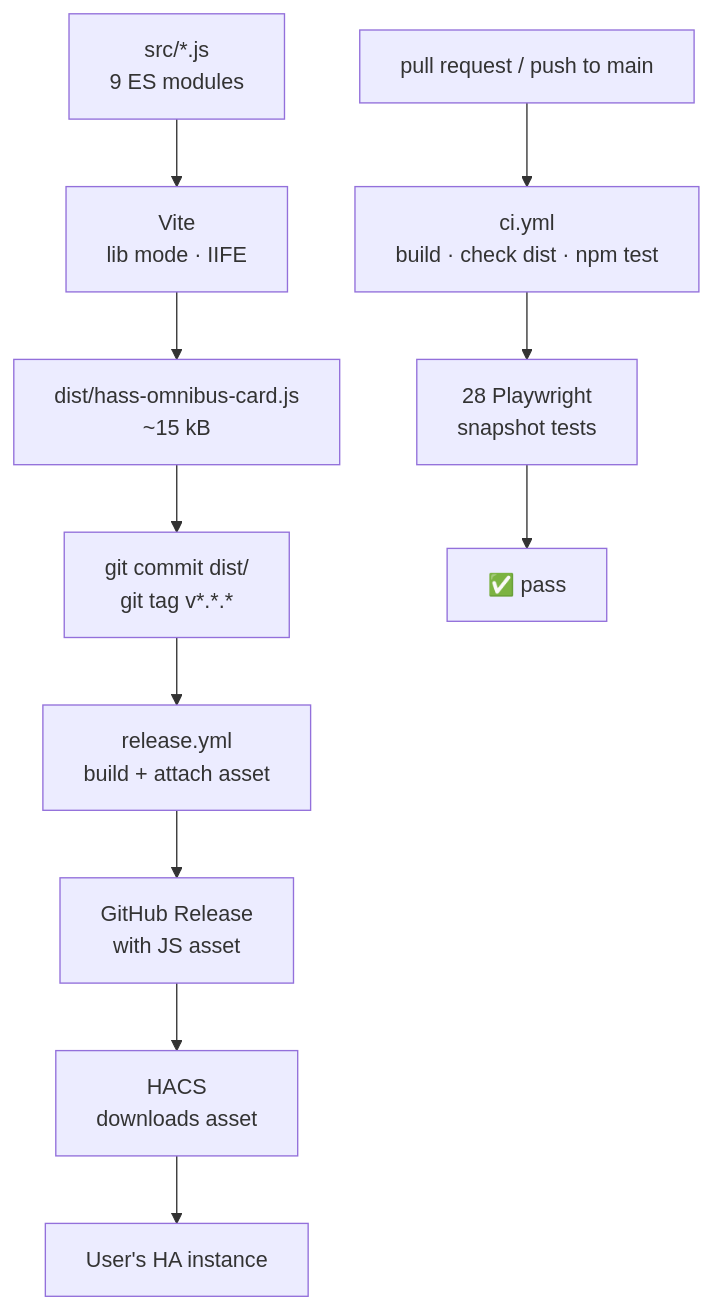
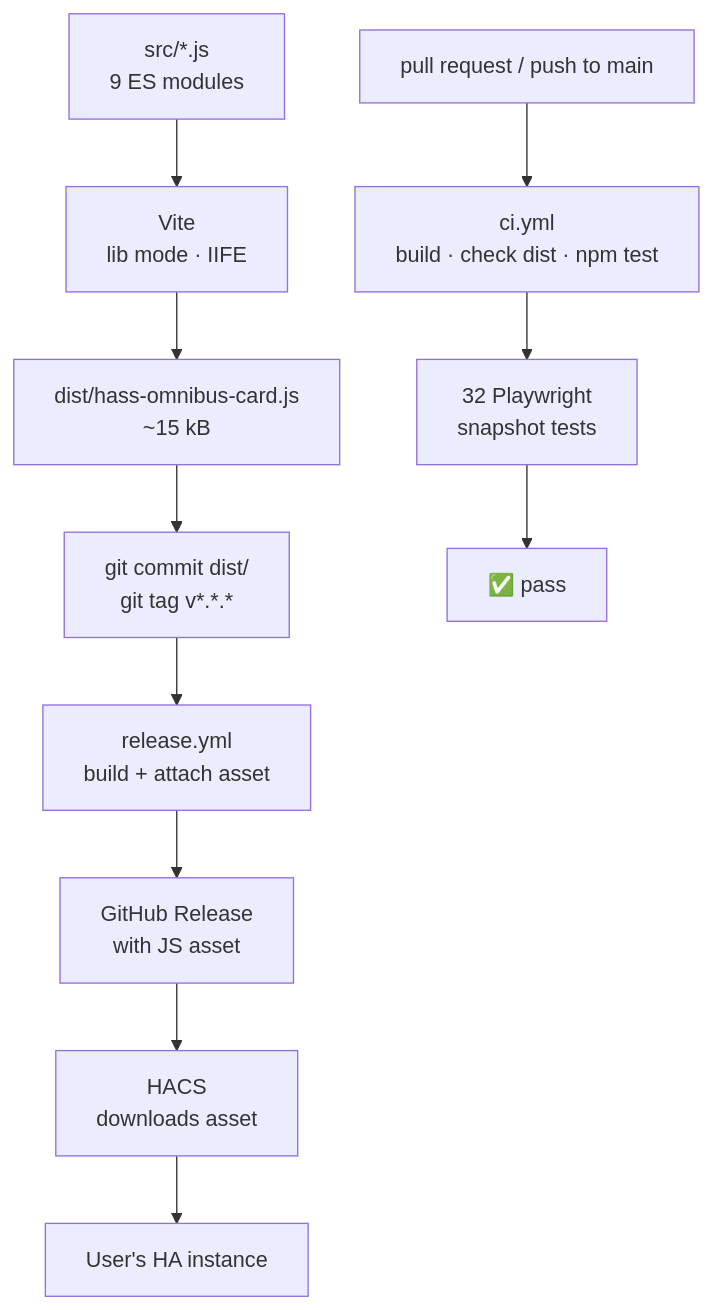
Before and after one commit to darknessnerd/hass-omnibus-card: the third of 3 diagrams in DEVELOPMENT.md, drawn with Mermaid. The commit also changed other lines of this file and 10 other files, not shown here.

````diff
--- a/DEVELOPMENT.md
+++ b/DEVELOPMENT.md
@@ -99,19 +103,19 @@
 ```mermaid
 flowchart TD
   src["src/*.js\n9 ES modules"]
   vite["Vite\nlib mode · IIFE"]
   dist["dist/hass-omnibus-card.js\n~15 kB"]
   commit["git commit dist/\ngit tag v*.*.*"]
   rel_wf["release.yml\nbuild + attach asset"]
   release["GitHub Release\nwith JS asset"]
   hacs["HACS\ndownloads asset"]
   ha["User's HA instance"]
 
   pr["pull request / push to main"]
   ci_wf["ci.yml\nbuild · check dist · npm test"]
-  tests["28 Playwright\nsnapshot tests"]
+  tests["32 Playwright\nsnapshot tests"]
   pass["✅ pass"]
 
   src --> vite --> dist --> commit --> rel_wf --> release --> hacs --> ha
   pr --> ci_wf --> tests --> pass
 ```
````
